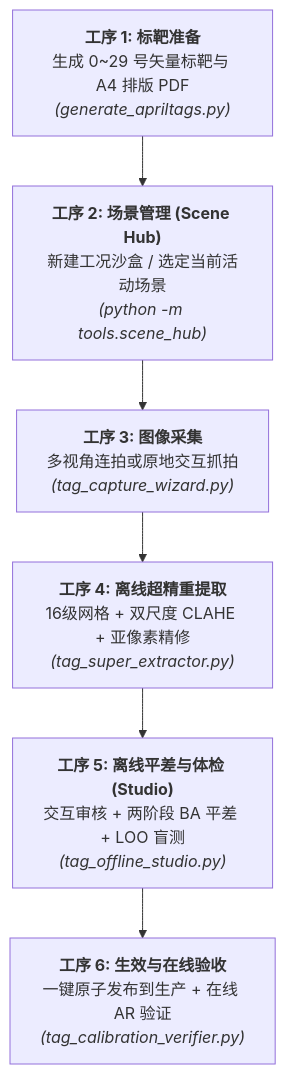
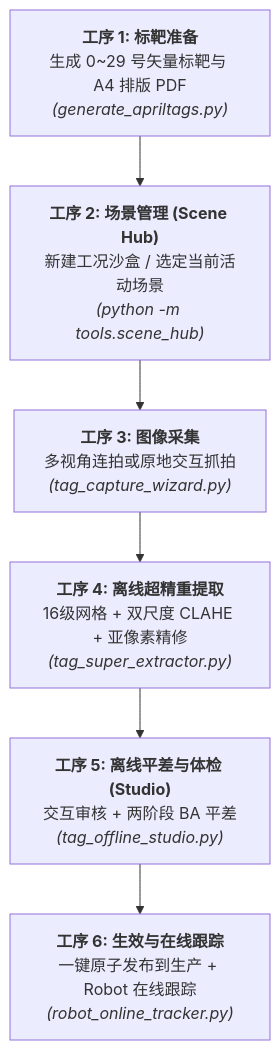
The second of 3 diagrams in README.md (voicevon/flux_vision_3d), drawn with Mermaid before and after one commit. The commit also changed other lines of this file and 21 other files, not shown here.

Commit message:
tag  tracker

````diff
--- a/README.md
+++ b/README.md
@@ -174,11 +173,11 @@
 ```mermaid
 flowchart TD
     S1["<b>工序 1: 标靶准备</b><br>生成 0~29 号矢量标靶与 A4 排版 PDF<br><i>(generate_apriltags.py)</i>"]
     S2["<b>工序 2: 场景管理 (Scene Hub)</b><br>新建工况沙盒 / 选定当前活动场景<br><i>(python -m tools.scene_hub)</i>"]
     S3["<b>工序 3: 图像采集</b><br>多视角连拍或原地交互抓拍<br><i>(tag_capture_wizard.py)</i>"]
     S4["<b>工序 4: 离线超精重提取</b><br>16级网格 + 双尺度 CLAHE + 亚像素精修<br><i>(tag_super_extractor.py)</i>"]
-    S5["<b>工序 5: 离线平差与体检 (Studio)</b><br>交互审核 + 两阶段 BA 平差 + LOO 盲测<br><i>(tag_offline_studio.py)</i>"]
-    S6["<b>工序 6: 生效与在线验收</b><br>一键原子发布到生产 + 在线 AR 验证<br><i>(tag_calibration_verifier.py)</i>"]
+    S5["<b>工序 5: 离线平差与体检 (Studio)</b><br>交互审核 + 两阶段 BA 平差<br><i>(tag_offline_studio.py)</i>"]
+    S6["<b>工序 6: 生效与在线跟踪</b><br>一键原子发布到生产 + Robot 在线跟踪<br><i>(robot_online_tracker.py)</i>"]
 
     S1 --> S2 --> S3 --> S4 --> S5 --> S6
 ```
````
